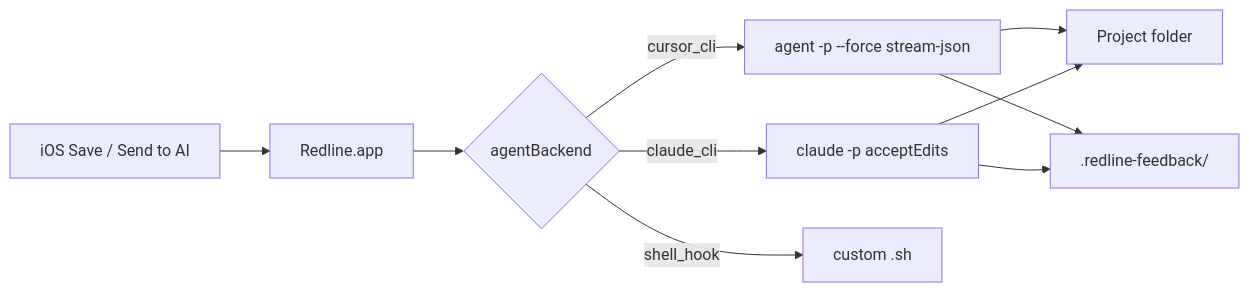
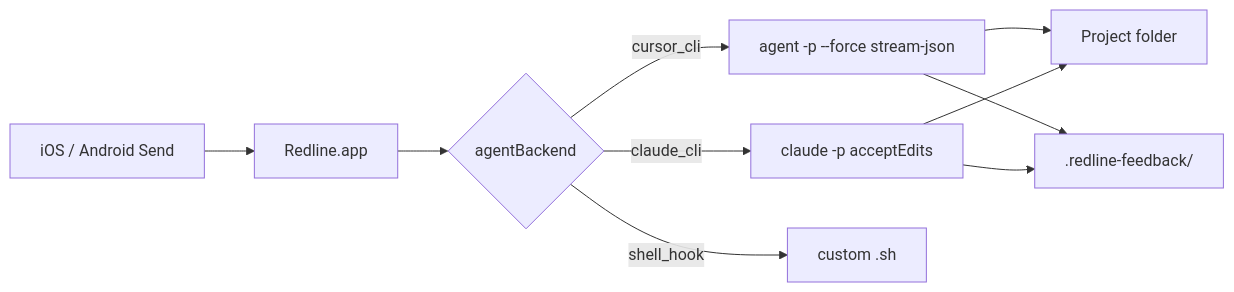
One commit to piyatat/redline changed the first of 2 diagrams in docs/agent-wiring.md. Above: the diagram before and after it, drawn with Mermaid. The commit also changed other lines of this file and 51 other files, not shown here.

````diff
--- a/docs/agent-wiring.md
+++ b/docs/agent-wiring.md
@@ -7,12 +7,12 @@
 ```mermaid
 flowchart LR
-  Save[iOS Save / Send to AI] --> App[Redline.app]
+  Save[iOS / Android Send] --> App[Redline.app]
   App --> Backend{agentBackend}
   Backend -->|cursor_cli| Cursor["agent -p --force stream-json"]
   Backend -->|claude_cli| Claude["claude -p acceptEdits"]
   Backend -->|shell_hook| Hook[custom .sh]
   Cursor --> Project[Project folder]
   Claude --> Project
   Cursor --> Bundle[".redline-feedback/"]
   Claude --> Bundle
 ```
````
